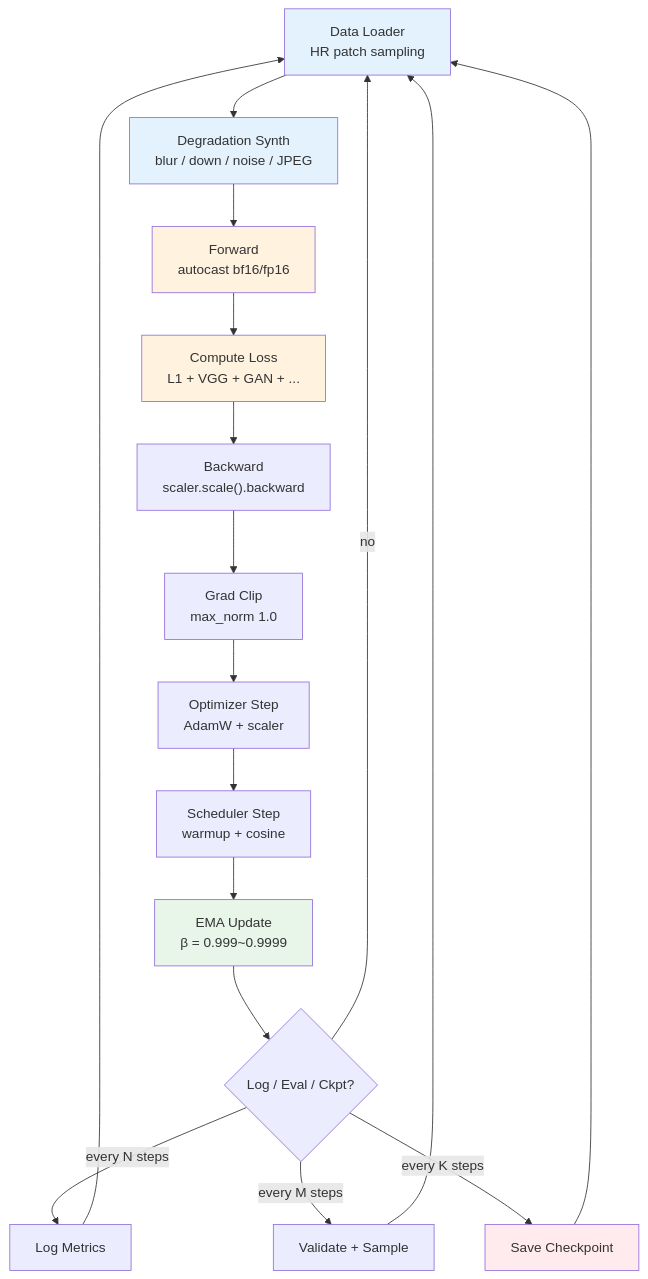
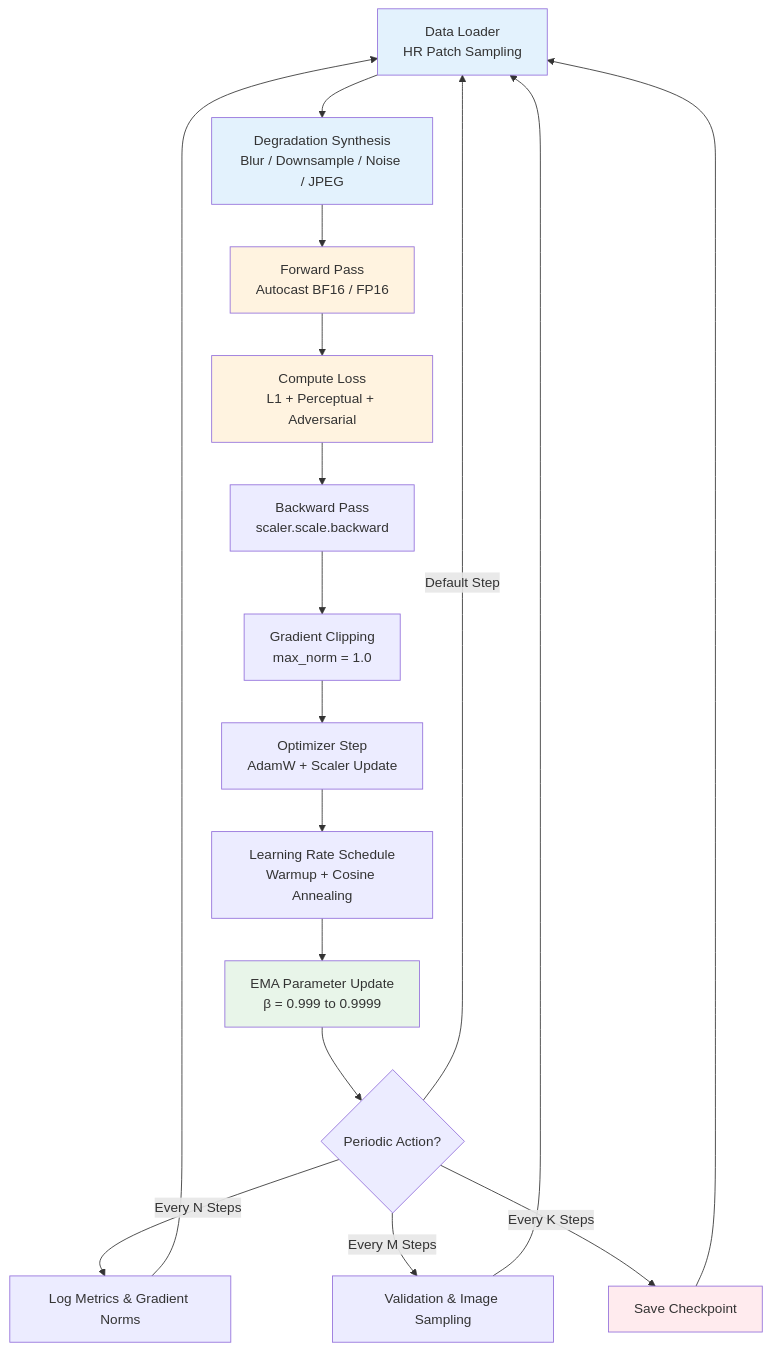
Before and after one commit to yingwang/image-enhancement-guide: the first of 3 diagrams in en/chapters/11-training.md, drawn with Mermaid. The commit also changed other lines of this file and 18 other files, not shown here.

````diff
--- a/en/chapters/11-training.md
+++ b/en/chapters/11-training.md
@@ -94,26 +32,26 @@
 ```mermaid
 flowchart TD
-    A[Data Loader<br/>HR patch sampling] --> B[Degradation Synth<br/>blur / down / noise / JPEG]
-    B --> C[Forward<br/>autocast bf16/fp16]
-    C --> D[Compute Loss<br/>L1 + VGG + GAN + ...]
-    D --> E["Backward<br/>scaler.scale().backward"]
-    E --> F[Grad Clip<br/>max_norm 1.0]
-    F --> G[Optimizer Step<br/>AdamW + scaler]
-    G --> H[Scheduler Step<br/>warmup + cosine]
-    H --> I[EMA Update<br/>β = 0.999~0.9999]
-    I --> J{Log / Eval / Ckpt?}
-    J -->|every N steps| K[Log Metrics]
-    J -->|every M steps| L[Validate + Sample]
-    J -->|every K steps| M[Save Checkpoint]
-    J -->|no| A
+    A[Data Loader<br/>HR Patch Sampling] --> B[Degradation Synthesis<br/>Blur / Downsample / Noise / JPEG]
+    B --> C[Forward Pass<br/>Autocast BF16 / FP16]
+    C --> D[Compute Loss<br/>L1 + Perceptual + Adversarial]
+    D --> E[Backward Pass<br/>scaler.scale.backward]
+    E --> F[Gradient Clipping<br/>max_norm = 1.0]
+    F --> G[Optimizer Step<br/>AdamW + Scaler Update]
+    G --> H[Learning Rate Schedule<br/>Warmup + Cosine Annealing]
+    H --> I[EMA Parameter Update<br/>β = 0.999 to 0.9999]
+    I --> J{Periodic Action?}
+    J -->|Every N Steps| K[Log Metrics & Gradient Norms]
+    J -->|Every M Steps| L[Validation & Image Sampling]
+    J -->|Every K Steps| M[Save Checkpoint]
+    J -->|Default Step| A
     K --> A
     L --> A
     M --> A
 
     style A fill:#e3f2fd
     style B fill:#e3f2fd
     style C fill:#fff3e0
     style D fill:#fff3e0
     style I fill:#e8f5e9
     style M fill:#ffebee
 ```
````
